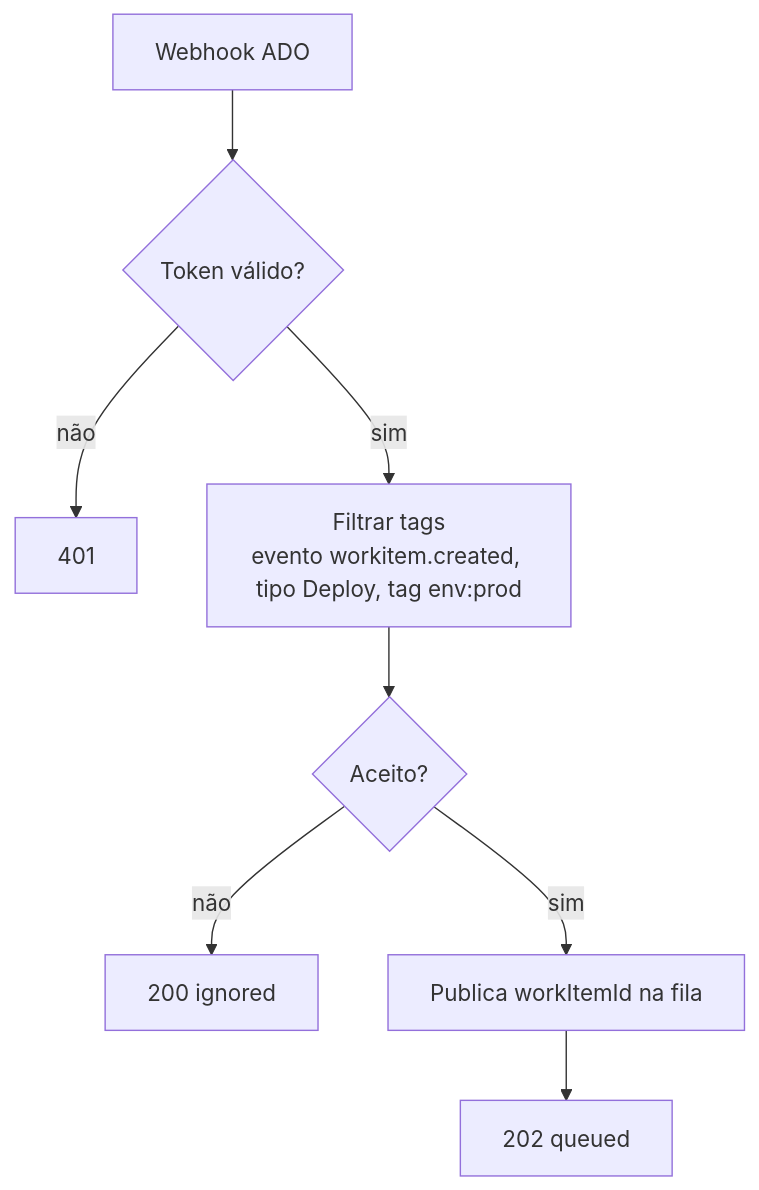
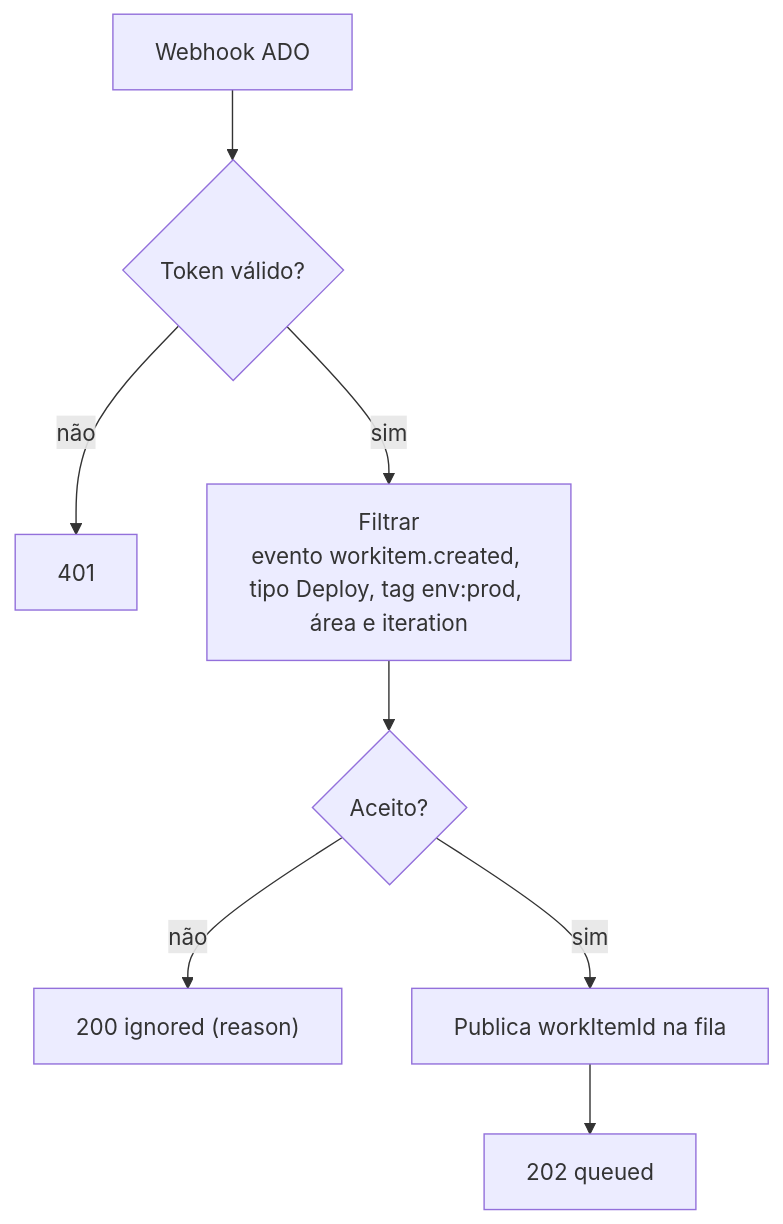
The second of 3 diagrams in README.md (diovanibmotta/n8n-deploy-sre), drawn with Mermaid before and after one commit. The commit also changed other lines of this file and 4 other files, not shown here.

First line of the commit message:
feat: filtros de area, iteration e tipo no ingest e no worker

````diff
--- a/README.md
+++ b/README.md
@@ -28,9 +28,9 @@
 ```mermaid
 flowchart TD
   A[Webhook ADO] --> B{Token válido?}
   B -- não --> R1[401]
-  B -- sim --> C["Filtrar tags<br/>evento workitem.created, tipo Deploy, tag env:prod"]
+  B -- sim --> C["Filtrar<br/>evento workitem.created, tipo Deploy, tag env:prod, área e iteration"]
   C --> D{Aceito?}
-  D -- não --> R2[200 ignored]
+  D -- não --> R2["200 ignored (reason)"]
   D -- sim --> E[Publica workItemId na fila] --> R3[202 queued]
 ```
````
